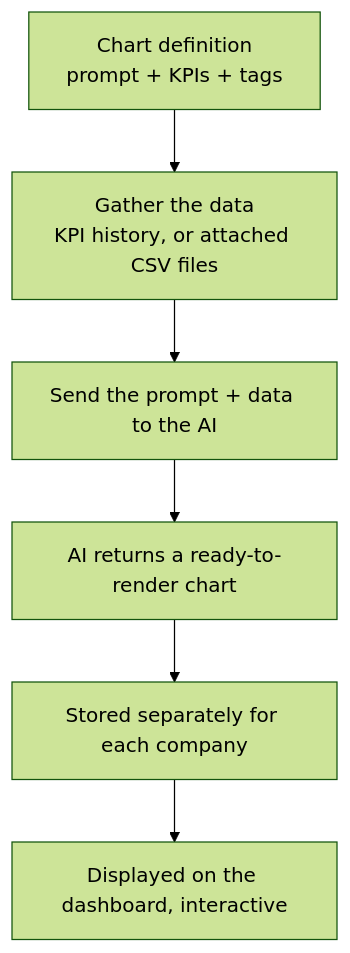
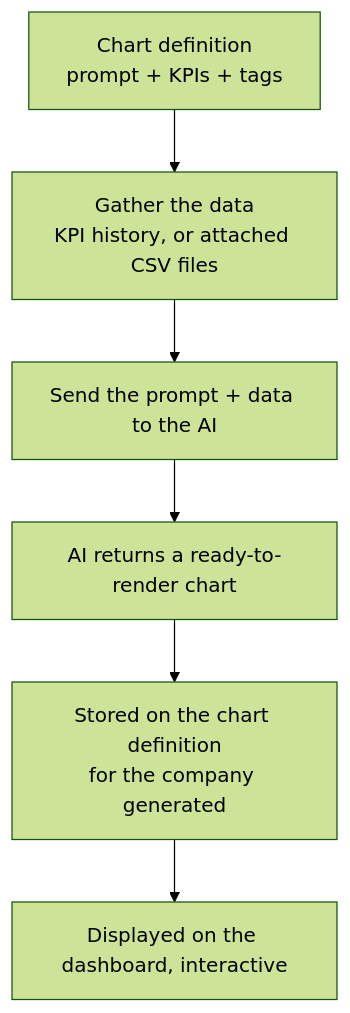
Before and after one commit to sampadadiwan/IRM_CompanyMain: the diagram in docs/user_guides/agent_charts_user_guide.md, drawn with Mermaid (forest theme). The commit also changed other lines of this file and 135 other files, not shown here.

````diff
--- a/docs/user_guides/agent_charts_user_guide.md
+++ b/docs/user_guides/agent_charts_user_guide.md
@@ -330,8 +420,8 @@
 ```mermaid
 flowchart TD
     A[Chart definition<br/>prompt + KPIs + tags] --> B[Gather the data<br/>KPI history, or attached CSV files]
     B --> C[Send the prompt + data to the AI]
     C --> D[AI returns a ready-to-render chart]
-    D --> E[Stored separately for each company]
+    D --> E[Stored on the chart definition<br/>for the company generated]
     E --> F[Displayed on the dashboard, interactive]
 ```
````
